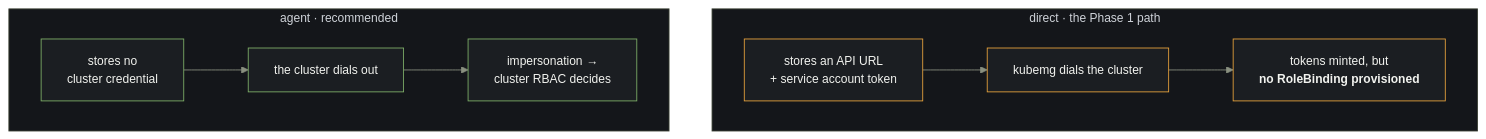
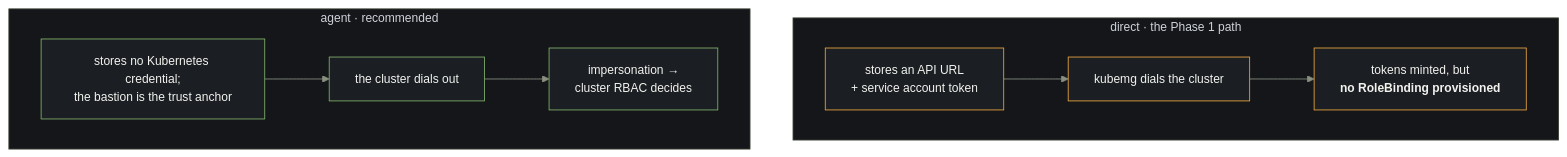
One commit to kubemg/kubemg changed the third of 6 diagrams in README.md. Above: the diagram before and after it, drawn with Mermaid. The commit also changed other lines of this file and 38 other files, not shown here.

````diff
--- a/README.md
+++ b/README.md
@@ -168,35 +182,35 @@
 ```mermaid
 %%{init: {'theme':'base','themeVariables':{
   'fontFamily':'-apple-system, BlinkMacSystemFont, Segoe UI, Helvetica, Arial, sans-serif','fontSize':'14px',
   'primaryColor':'#1B1E22','primaryTextColor':'#F2F3EF','primaryBorderColor':'#3A4033',
   'lineColor':'#8A9080','textColor':'#F2F3EF',
   'clusterBkg':'#14161A','clusterBorder':'#3A4033'
 }}}%%
 flowchart LR
     subgraph agentmode["agent · recommended"]
         direction LR
-        AM1["stores no<br/>cluster credential"]
+        AM1["stores no Kubernetes credential;<br/>the bastion is the trust anchor"]
         AM2["the cluster dials out"]
         AM3["impersonation →<br/>cluster RBAC decides"]
         AM1 --> AM2 --> AM3
     end
     subgraph directmode["direct · the Phase 1 path"]
         direction LR
         DM1["stores an API URL<br/>+ service account token"]
         DM2["kubemg dials the cluster"]
         DM3["tokens minted, but<br/><b>no RoleBinding provisioned</b>"]
         DM1 --> DM2 --> DM3
     end
 
     %% No edge runs between the two modes, so mermaid is free to stack them in
     %% either order — and it led with `direct`, which is the path carrying the
     %% caveat. An invisible link fixes the order without drawing anything.
     AM3 ~~~ DM1
 
     %% State colours, not brand colours: one path is sound and the other carries
     %% a caveat, which is what sage and amber mean everywhere else here.
     classDef good fill:#1B1E22,stroke:#7FB069,color:#F2F3EF
     classDef caveat fill:#1B1E22,stroke:#E8A33D,color:#F2F3EF
     class AM1,AM2,AM3 good
     class DM1,DM2,DM3 caveat
 ```
````
